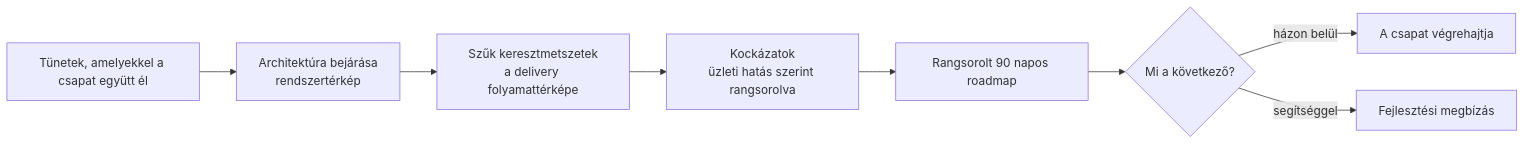
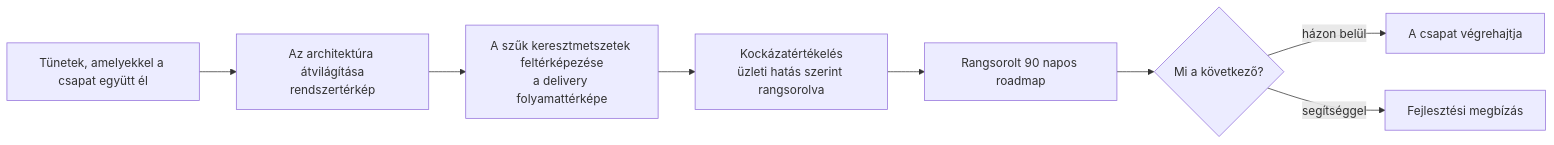
One commit to monad-systems/monad.hu changed the diagram in posts/hu/architecture-review-before-modernization.md. Above: the diagram before and after it, drawn with Mermaid. The commit also changed other lines of this file, not shown here.

````diff
--- a/posts/hu/architecture-review-before-modernization.md
+++ b/posts/hu/architecture-review-before-modernization.md
@@ -71,10 +71,10 @@
 ```mermaid
 flowchart LR
-    S[Tünetek, amelyekkel a csapat együtt él] --> A[Architektúra bejárása<br/>rendszertérkép]
-    A --> B[Szűk keresztmetszetek<br/>a delivery folyamattérképe]
-    B --> R[Kockázatok<br/>üzleti hatás szerint rangsorolva]
+    S[Tünetek, amelyekkel a csapat együtt él] --> A[Az architektúra átvilágítása<br/>rendszertérkép]
+    A --> B[A szűk keresztmetszetek feltérképezése<br/>a delivery folyamattérképe]
+    B --> R[Kockázatértékelés<br/>üzleti hatás szerint rangsorolva]
     R --> P[Rangsorolt 90 napos roadmap]
     P --> D{Mi a következő?}
     D -->|házon belül| T[A csapat végrehajtja]
     D -->|segítséggel| E[Fejlesztési megbízás]
 ```
````
